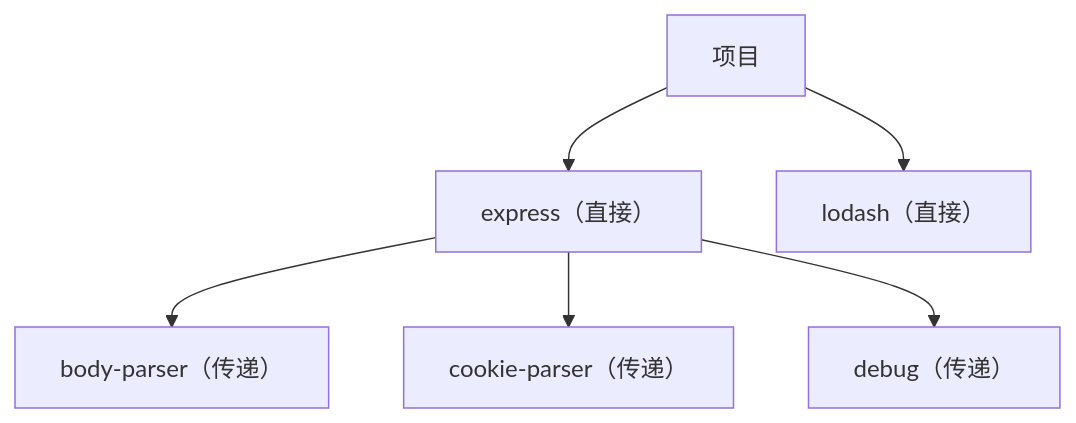
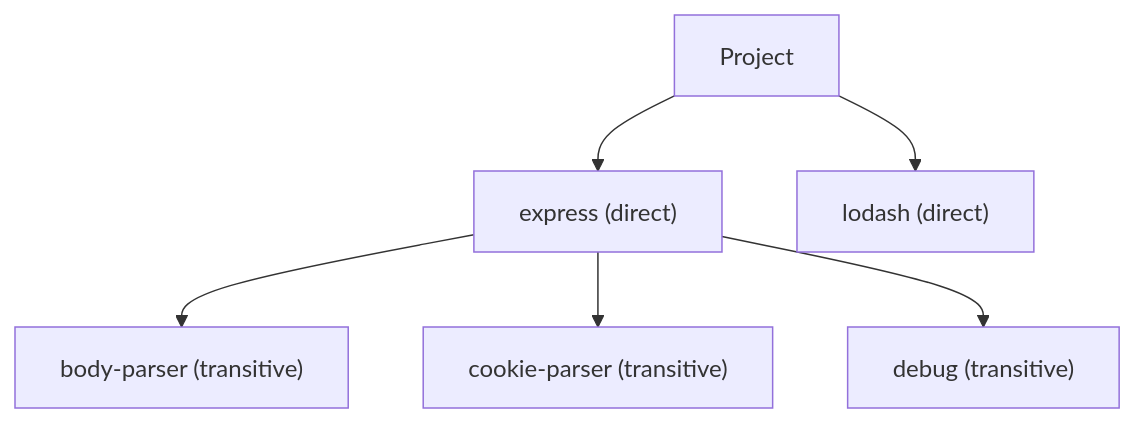
One commit to Kirky-X/diting changed the first of 4 diagrams in references/architecture/dependency-analysis.md. Above: the diagram before and after it, drawn with Mermaid. The commit also changed other lines of this file and 78 other files, not shown here.

````diff
--- a/references/architecture/dependency-analysis.md
+++ b/references/architecture/dependency-analysis.md
@@ -13,9 +13,9 @@
 ```mermaid
 flowchart TD
-    Project["项目"]
-    Project --> Express["express（直接）"]
-    Project --> Lodash["lodash（直接）"]
-    Express --> BP["body-parser（传递）"]
-    Express --> CP["cookie-parser（传递）"]
-    Express --> DBG["debug（传递）"]
+    Project["Project"]
+    Project --> Express["express (direct)"]
+    Project --> Lodash["lodash (direct)"]
+    Express --> BP["body-parser (transitive)"]
+    Express --> CP["cookie-parser (transitive)"]
+    Express --> DBG["debug (transitive)"]
 ```
````
